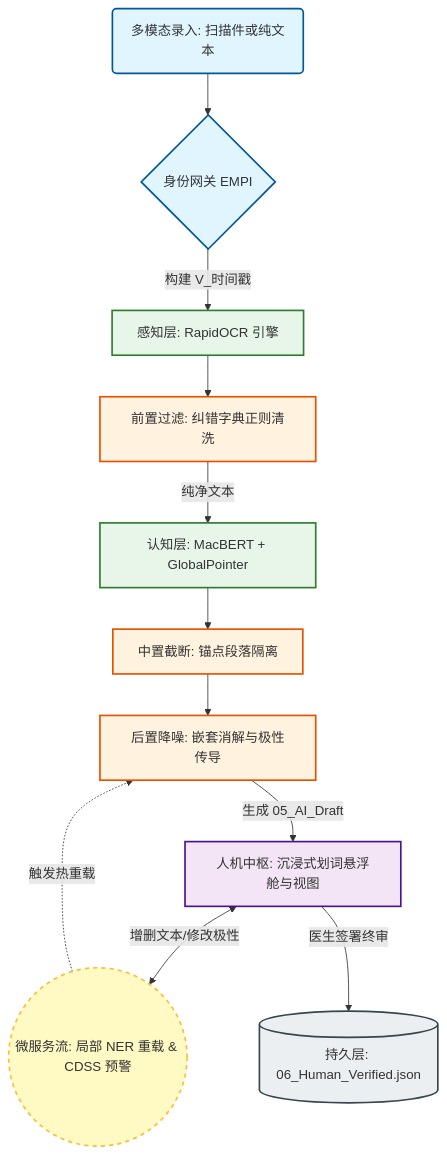
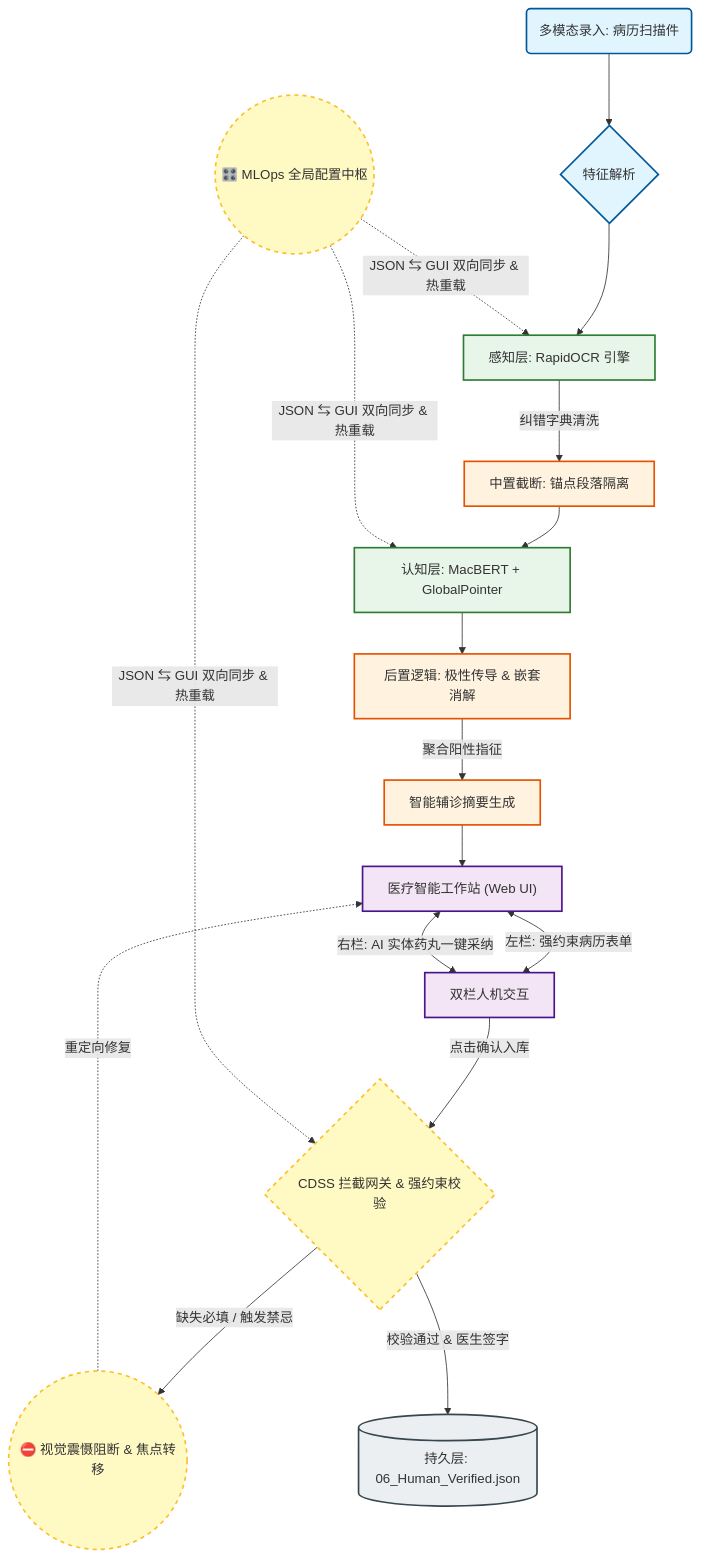
The diagram in readme.md (SandHit254/Medical_EMR_Analysis_System), drawn with Mermaid before and after one commit. The commit also changed other lines of this file and 1 other file, not shown here.

````diff
--- a/readme.md
+++ b/readme.md
@@ -58,44 +72,39 @@
 ```mermaid
 graph TD
     %% 样式定义
     classDef c_input fill:#e1f5fe,stroke:#01579b,stroke-width:2px;
     classDef c_ai fill:#e8f5e9,stroke:#2e7d32,stroke-width:2px;
     classDef c_rule fill:#fff3e0,stroke:#e65100,stroke-width:2px;
     classDef c_human fill:#f3e5f5,stroke:#4a148c,stroke-width:2px;
     classDef c_storage fill:#eceff1,stroke:#37474f,stroke-width:2px;
     classDef c_micro fill:#fff9c4,stroke:#fbc02d,stroke-width:2px,stroke-dasharray: 5 5;
 
     %% 节点定义
-    A("多模态录入: 扫描件或纯文本")
-    B{"身份网关 EMPI"}
-    C["感知层: RapidOCR 引擎"]
-    D["前置过滤: 纠错字典正则清洗"]
-    E["认知层: MacBERT + GlobalPointer"]
-    F["中置截断: 锚点段落隔离"]
-    G["后置降噪: 嵌套消解与极性传导"]
-    H["人机中枢: 沉浸式划词悬浮舱与视图"]
-    I(("微服务流: 局部 NER 重载 & CDSS 预警"))
-    J[("持久层: 06_Human_Verified.json")]
-
-    %% 流程连接
-    A --> B
-    B -->|"构建 V_时间戳"| C
-    C --> D
-    D -->|"纯净文本"| E
-    E --> F
-    F --> G
-    G -->|"生成 05_AI_Draft"| H
+    A("多模态录入: 病历扫描件") --> B{"特征解析"}
+    B --> C["感知层: RapidOCR 引擎"]
+    C --"纠错字典清洗"--> D["中置截断: 锚点段落隔离"]
+    D --> E["认知层: MacBERT + GlobalPointer"]
+    E --> F["后置逻辑: 极性传导 & 嵌套消解"]
+    F --"聚合阳性指征"--> G["智能辅诊摘要生成"]
     
-    H <-->|"增删文本/修改极性"| I
-    I -.->|"触发热重载"| G
+    G --> H["医疗智能工作站 (Web UI)"]
     
-    H -->|"医生签署终审"| J
-
+    H <-->|"左栏: 强约束病历表单"| I["双栏人机交互"]
+    H <-->|"右栏: AI 实体药丸一键采纳"| I
+    
+    I --"点击确认入库"--> J{"CDSS 拦截网关 & 强约束校验"}
+    J --"缺失必填 / 触发禁忌"--> K(("⛔ 视觉震慑阻断 & 焦点转移"))
+    K -.->|"重定向修复"| H
+    
+    J --"校验通过 & 医生签字"--> L[("持久层: 06_Human_Verified.json")]
+    
+    M(("🎛️ MLOps 全局配置中枢")) -.->|"JSON ⇆ GUI 双向同步 & 热重载"| C & E & J
+    
     %% 底部样式绑定
     class A,B c_input;
     class C,E c_ai;
     class D,F,G c_rule;
-    class H c_human;
-    class I c_micro;
-    class J c_storage;
+    class H,I c_human;
+    class J,K,M c_micro;
+    class L c_storage;
 ```
````
